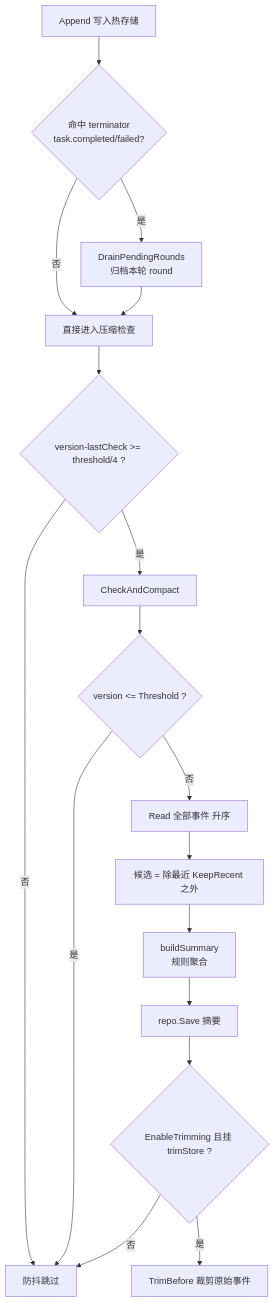
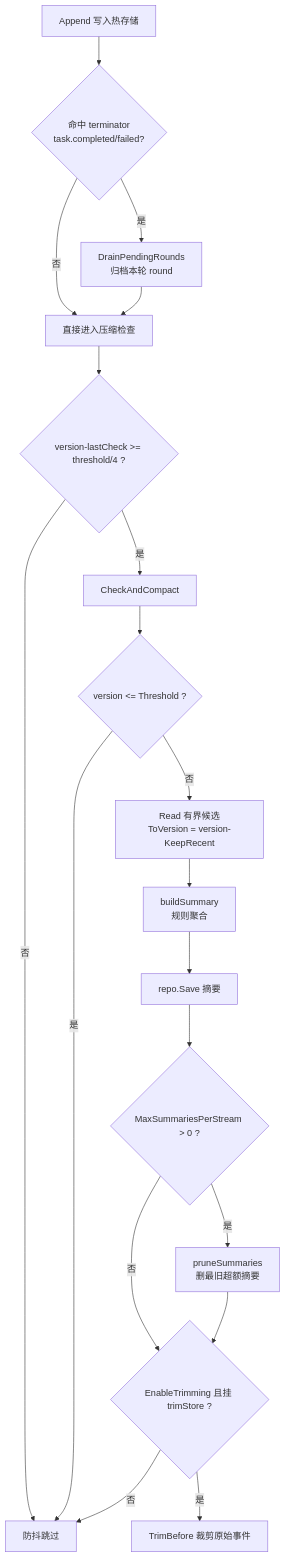
One commit to Timwood0x10/ARES changed the third of 6 diagrams in docs/articles/zh/08-event-system-deep-dive.md. Above: the diagram before and after it, drawn with Mermaid. The commit also changed other lines of this file and 3 other files, not shown here.

````diff
--- a/docs/articles/zh/08-event-system-deep-dive.md
+++ b/docs/articles/zh/08-event-system-deep-dive.md
@@ -215,19 +217,21 @@
 ```mermaid
 graph TD
     A[Append 写入热存储] --> B{命中 terminator<br/>task.completed/failed?}
     B -->|是| C[DrainPendingRounds<br/>归档本轮 round]
     B -->|否| D[直接进入压缩检查]
     C --> D
     D --> E{version-lastCheck >= threshold/4 ?}
     E -->|否| Z[防抖跳过]
     E -->|是| F[CheckAndCompact]
     F --> G{version <= Threshold ?}
     G -->|是| Z
-    G -->|否| H[Read 全部事件 升序]
-    H --> I[候选 = 除最近 KeepRecent 之外]
-    I --> J[buildSummary<br/>规则聚合]
-    J --> K[repo.Save 摘要]
-    K --> L{EnableTrimming 且挂 trimStore ?}
+    G -->|否| H[Read 有界候选<br/>ToVersion = version-KeepRecent]
+    H --> I[buildSummary<br/>规则聚合]
+    I --> K[repo.Save 摘要]
+    K --> K2{MaxSummariesPerStream > 0 ?}
+    K2 -->|是| K3[pruneSummaries<br/>删最旧超额摘要]
+    K2 -->|否| L
+    K3 --> L{EnableTrimming 且挂 trimStore ?}
     L -->|是| M[TrimBefore 裁剪原始事件]
     L -->|否| Z
 ```
````
